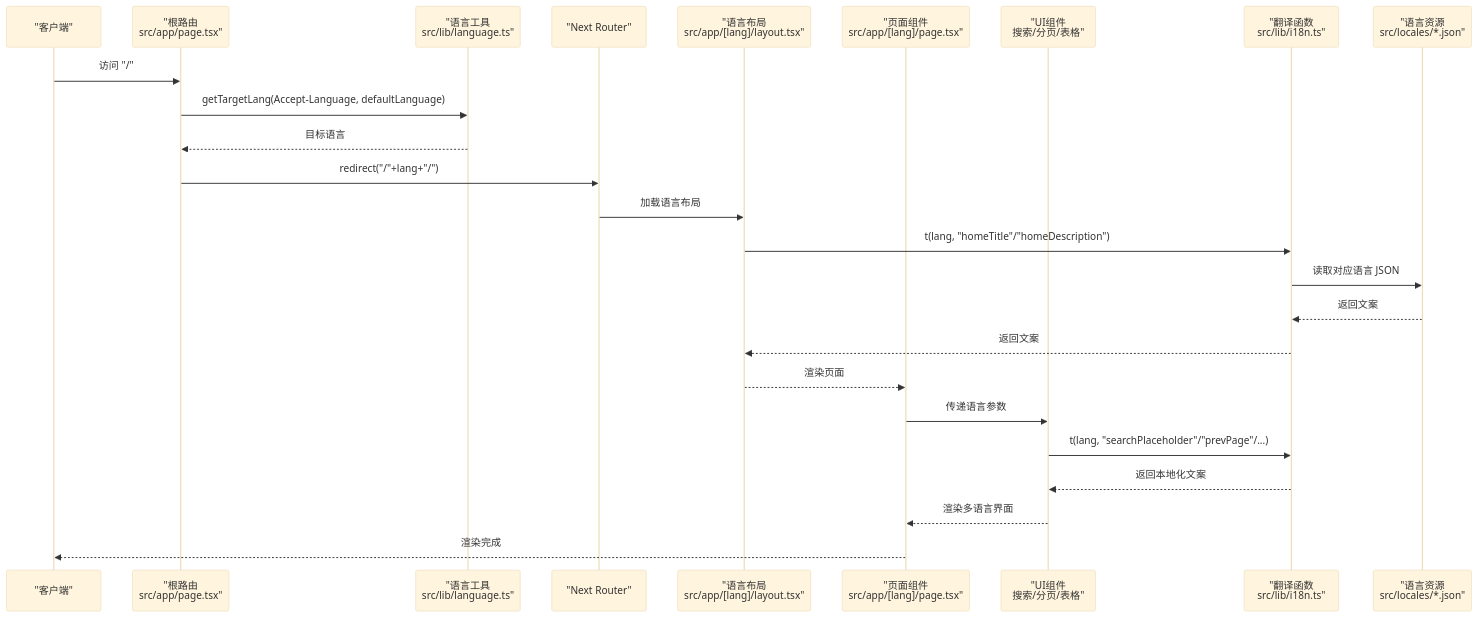
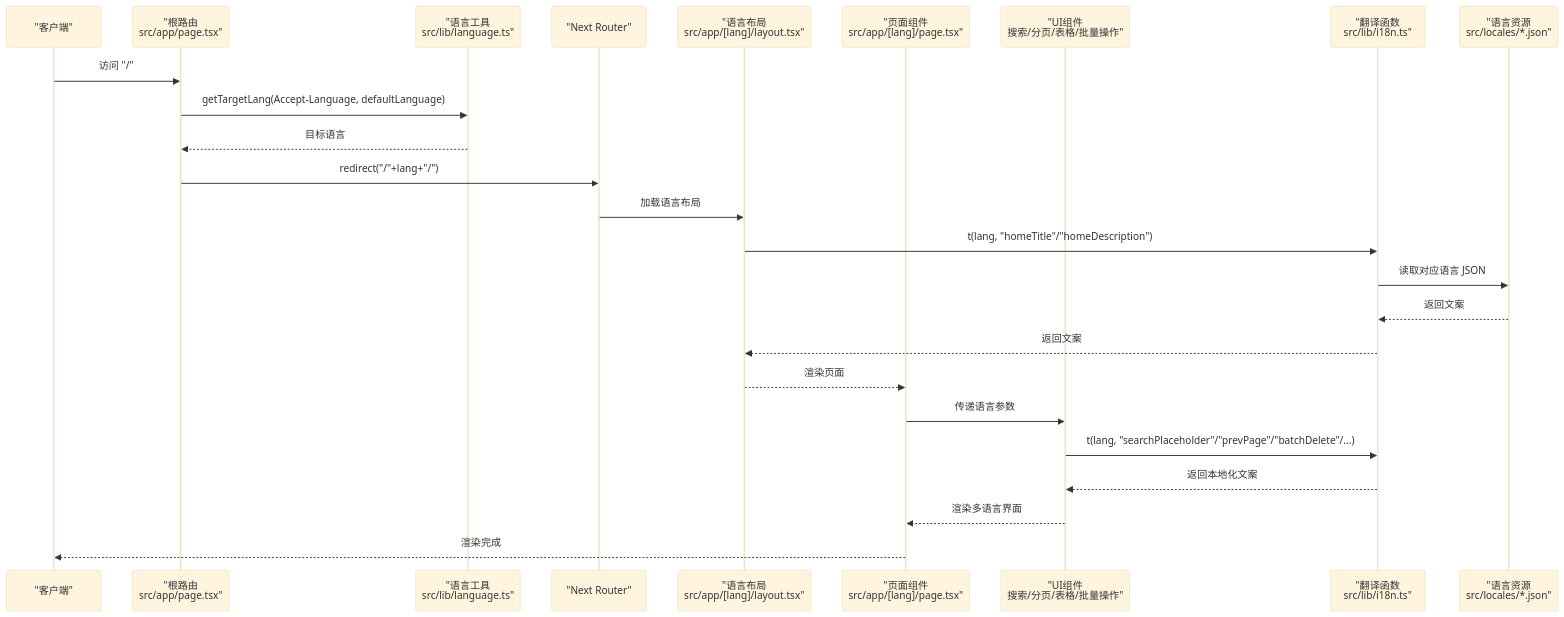
Before and after one commit to pnnh/weable: the second of 5 diagrams in .qoder/repowiki/zh/content/功能特性/国际化支持.md, drawn with Mermaid (base theme). The commit also changed other lines of this file and 133 other files, not shown here.

Commit message:
实现基于浏览器自带AI识别图片内容功能

````diff
--- a/.qoder/repowiki/zh/content/功能特性/国际化支持.md
+++ b/.qoder/repowiki/zh/content/功能特性/国际化支持.md
@@ -127,27 +144,27 @@
 ```mermaid
 sequenceDiagram
 participant Client as "客户端"
 participant Root as "根路由<br/>src/app/page.tsx"
 participant LangUtil as "语言工具<br/>src/lib/language.ts"
 participant Router as "Next Router"
 participant Layout as "语言布局<br/>src/app/[lang]/layout.tsx"
 participant Page as "页面组件<br/>src/app/[lang]/page.tsx"
-participant Components as "UI组件<br/>搜索/分页/表格"
+participant Components as "UI组件<br/>搜索/分页/表格/批量操作"
 participant I18N as "翻译函数<br/>src/lib/i18n.ts"
 participant Locales as "语言资源<br/>src/locales/*.json"
 Client->>Root : 访问 "/"
 Root->>LangUtil : getTargetLang(Accept-Language, defaultLanguage)
 LangUtil-->>Root : 目标语言
 Root->>Router : redirect("/"+lang+"/")
 Router->>Layout : 加载语言布局
 Layout->>I18N : t(lang, "homeTitle"/"homeDescription")
 I18N->>Locales : 读取对应语言 JSON
 Locales-->>I18N : 返回文案
 I18N-->>Layout : 返回文案
 Layout-->>Page : 渲染页面
 Page->>Components : 传递语言参数
-Components->>I18N : t(lang, "searchPlaceholder"/"prevPage"/...)
+Components->>I18N : t(lang, "searchPlaceholder"/"prevPage"/"batchDelete"/...)
 I18N-->>Components : 返回本地化文案
 Components-->>Page : 渲染多语言界面
 Page-->>Client : 渲染完成
 ```
````
